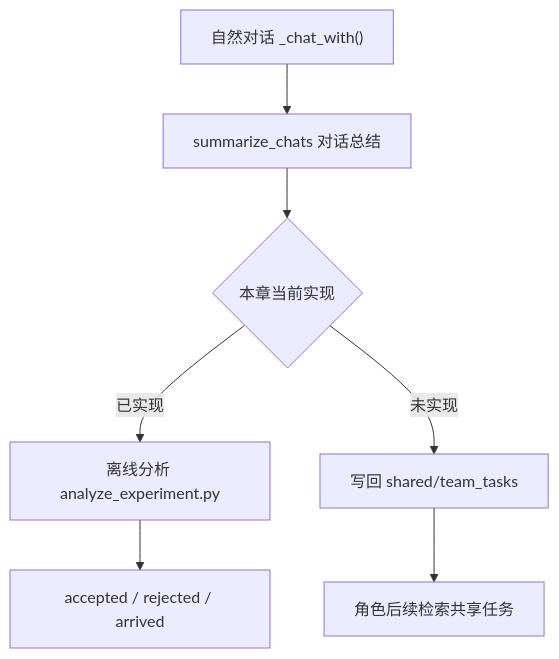
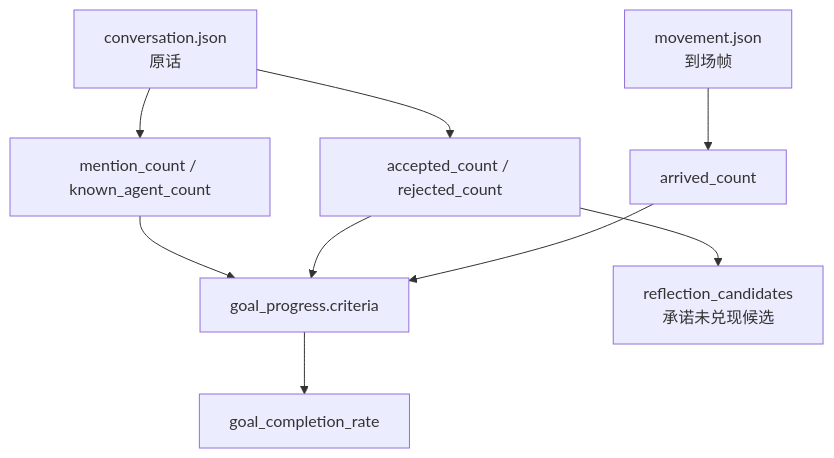
One commit to tbkken/GenerativeAgentsCN changed the tenth of 10 diagrams in docs/book/manuscript/part_05/chapter_35.md. Above: the diagram before and after it, drawn with Mermaid. The commit also changed other lines of this file and 342 other files, not shown here.

````diff
--- a/docs/book/manuscript/part_05/chapter_35.md
+++ b/docs/book/manuscript/part_05/chapter_35.md
@@ -245,9 +1070,11 @@
 ```mermaid
 flowchart TD
-    A["自然对话 _chat_with()"] --> B["summarize_chats 对话总结"]
-    B --> C{"本章当前实现"}
-    C -->|已实现| D["离线分析 analyze_experiment.py"]
-    D --> E["accepted / rejected / arrived"]
-    C -->|未实现| F["写回 shared/team_tasks"]
-    F --> G["角色后续检索共享任务"]
+    A["conversation.json<br/>原话"] --> B["mention_count / known_agent_count"]
+    A --> C["accepted_count / rejected_count"]
+    D["movement.json<br/>到场帧"] --> E["arrived_count"]
+    B --> F["goal_progress.criteria"]
+    C --> F
+    E --> F
+    F --> G["goal_completion_rate"]
+    C --> H["reflection_candidates<br/>承诺未兑现候选"]
 ```
````
